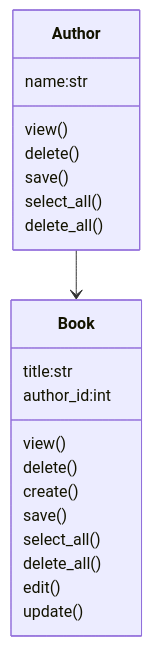
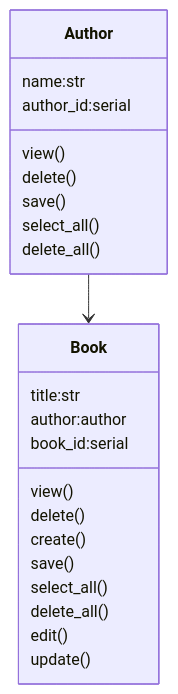
Before and after one commit to kelsiesmurphy/codeclan_homework: the first of 2 diagrams in week_04/one_to_many_lab/diagram.md, drawn with Mermaid. The commit also changed other lines of this file, not shown here.

Commit message:
Adding Entity Relationship Diagram

````diff
--- a/week_04/one_to_many_lab/diagram.md
+++ b/week_04/one_to_many_lab/diagram.md
@@ -1,27 +2,29 @@
 ```mermaid
 classDiagram
 
 class Book {
     title:str
-    author_id:int
+    author:author
+    book_id:serial
     view()
     delete()
     create()
     save()
     select_all()
     delete_all()
     edit()
     update()
 }
 
 class Author {
     name:str
+    author_id:serial
     view()
     delete()
     save()
     select_all()
     delete_all()
 }
 
 Author --> Book
 ```
````
